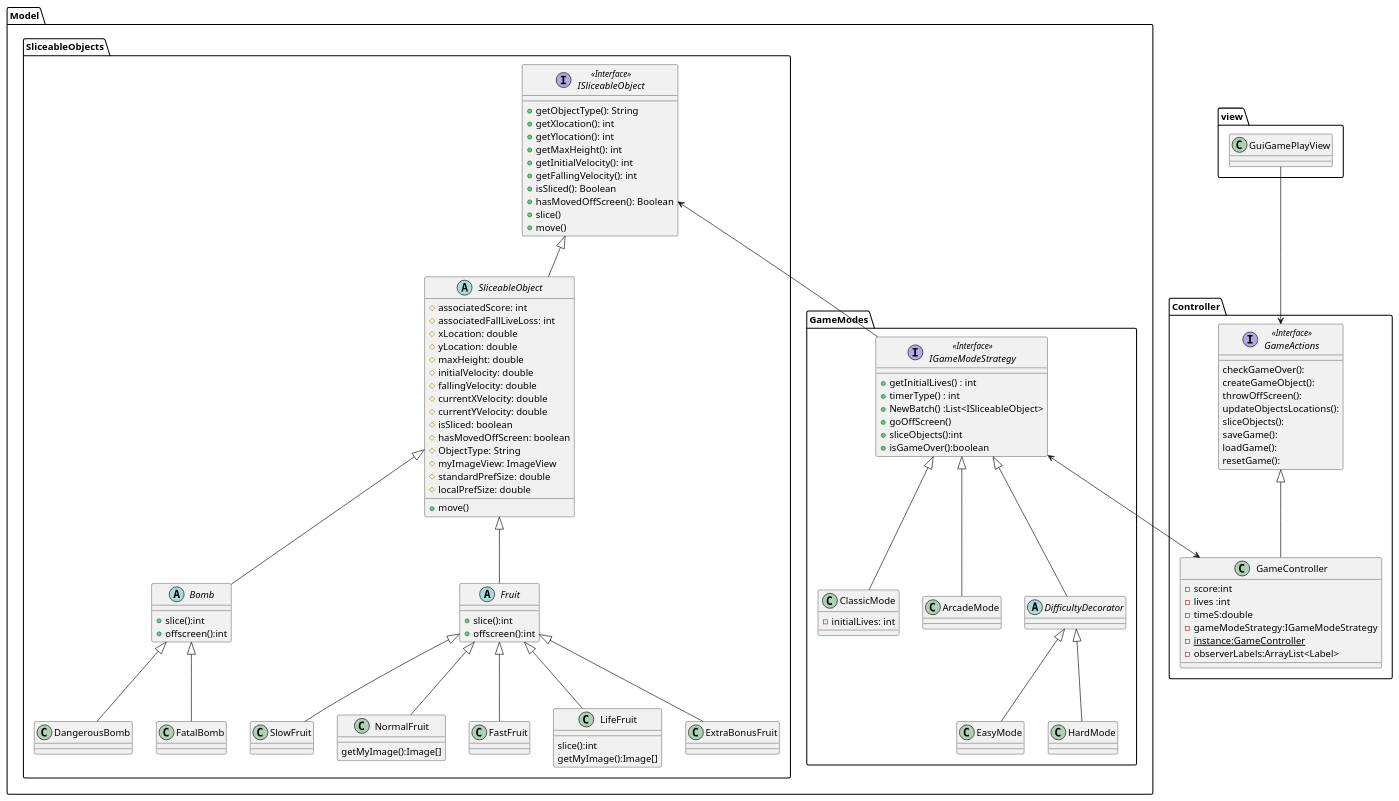
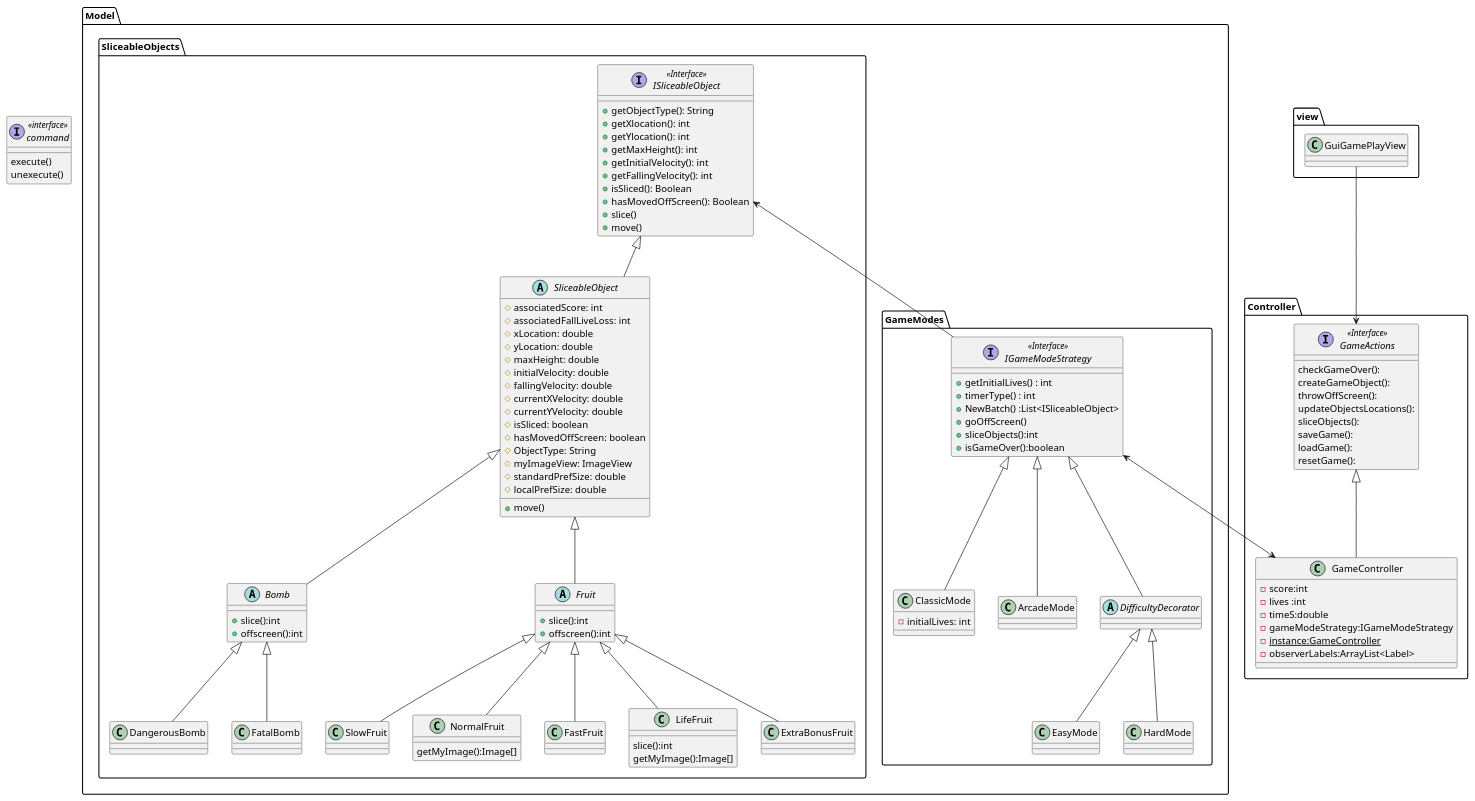
Before and after one commit to zixa5824/FruitNinja: the diagram in Fruit-Ninja-class.puml, drawn with PlantUML. The commit also changed 4 other files, not shown here.

```diff
--- a/Fruit-Ninja-class.puml
+++ b/Fruit-Ninja-class.puml
@@ -1,159 +1,166 @@
 @startuml
 package Model{
 package SliceableObjects {
 
     interface ISliceableObject <<Interface>>{
         +getObjectType(): String
         +getXlocation(): int
         +getYlocation(): int
         +getMaxHeight(): int
         +getInitialVelocity(): int
         +getFallingVelocity(): int
         +isSliced(): Boolean
         +hasMovedOffScreen(): Boolean
         +slice()
         +move()
 
     }
 
 
     abstract class Bomb {
         +slice():int
         +offscreen():int
     }
     abstract class Fruit{
         +slice():int
         +offscreen():int
         }
 
     abstract class SliceableObject {
 
         #associatedScore: int
         #associatedFallLiveLoss: int
         #xLocation: double
         #yLocation: double
         #maxHeight: double
         #initialVelocity: double
         #fallingVelocity: double
         #currentXVelocity: double
         #currentYVelocity: double
         #isSliced: boolean
         #hasMovedOffScreen: boolean
         #ObjectType: String
         #myImageView: ImageView
         #standardPrefSize: double
         #localPrefSize: double
 
         +move()
 
         }
 
     ISliceableObject <|-- SliceableObject
 
     SliceableObject <|-- Fruit
     SliceableObject <|--  Bomb
 
     Class SlowFruit {
 
     }
 
     Class NormalFruit{
         getMyImage():Image[]
     }
 
     Class FastFruit{
 
     }
 
     Class LifeFruit{
         slice():int
         getMyImage():Image[]
     }
 
     Class ExtraBonusFruit{
 
     }
 
 
     Fruit <|-- SlowFruit
     Fruit <|-- NormalFruit
     Fruit <|-- FastFruit
     Fruit <|-- LifeFruit
     Fruit <|-- ExtraBonusFruit
 
     Bomb <|-- DangerousBomb
     Bomb <|-- FatalBomb
 
 
 }
 package GameModes {
 interface IGameModeStrategy <<Interface>> {
     +getInitialLives() : int
     +timerType() : int
     +NewBatch() :List<ISliceableObject>
     +goOffScreen()
     +sliceObjects():int
     +isGameOver():boolean
 }
 
 IGameModeStrategy <|-- ClassicMode
 IGameModeStrategy <|-- ArcadeMode
 
 
 Class ClassicMode {
     -initialLives: int
 }
 
 
 abstract class DifficultyDecorator
 
 IGameModeStrategy <|-- DifficultyDecorator
 
 DifficultyDecorator <|-- EasyMode
 DifficultyDecorator <|-- HardMode
 
 
 }
 
 ISliceableObject <-- IGameModeStrategy
 }
 
 
 
 package Controller {
     interface GameActions <<Interface>> {
     checkGameOver():
     createGameObject():
     throwOffScreen():
     updateObjectsLocations():
     sliceObjects():
     saveGame():
     loadGame():
     resetGame():
     }
 
     Class GameController{
              -score:int
         	 -lives :int
         	 -timeS:double
         	 -gameModeStrategy:IGameModeStrategy
         	 -{static}instance:GameController
         	 -observerLabels:ArrayList<Label>
 
     }
 
     GameActions <|-- GameController
 
 
 }
 
 IGameModeStrategy <--> GameController
 
 package view {
 
     class GuiGamePlayView
 
     GuiGamePlayView --> GameActions
 
 }
+
+interface command <<interface>>{
+
+    execute()
+    unexecute()
+
+}
 @enduml
```
